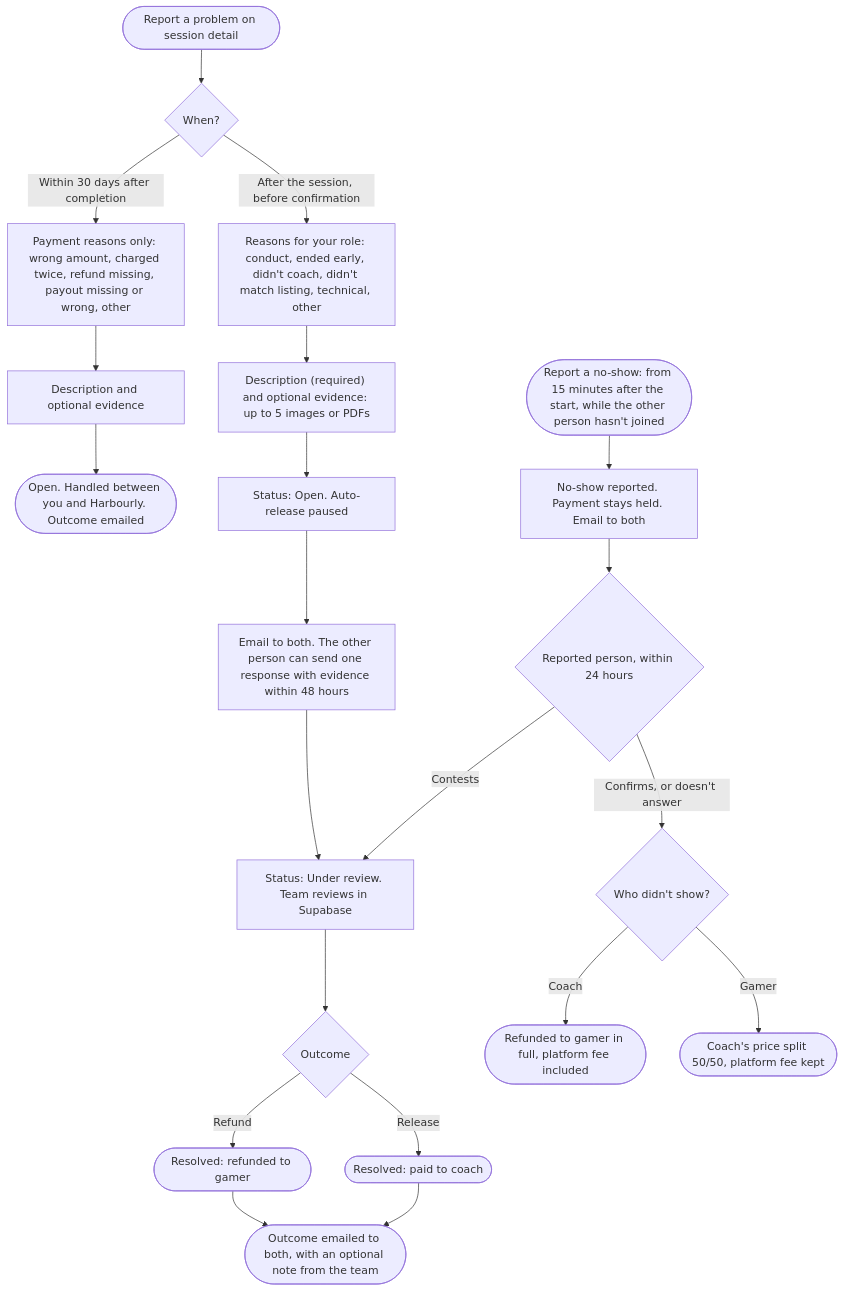
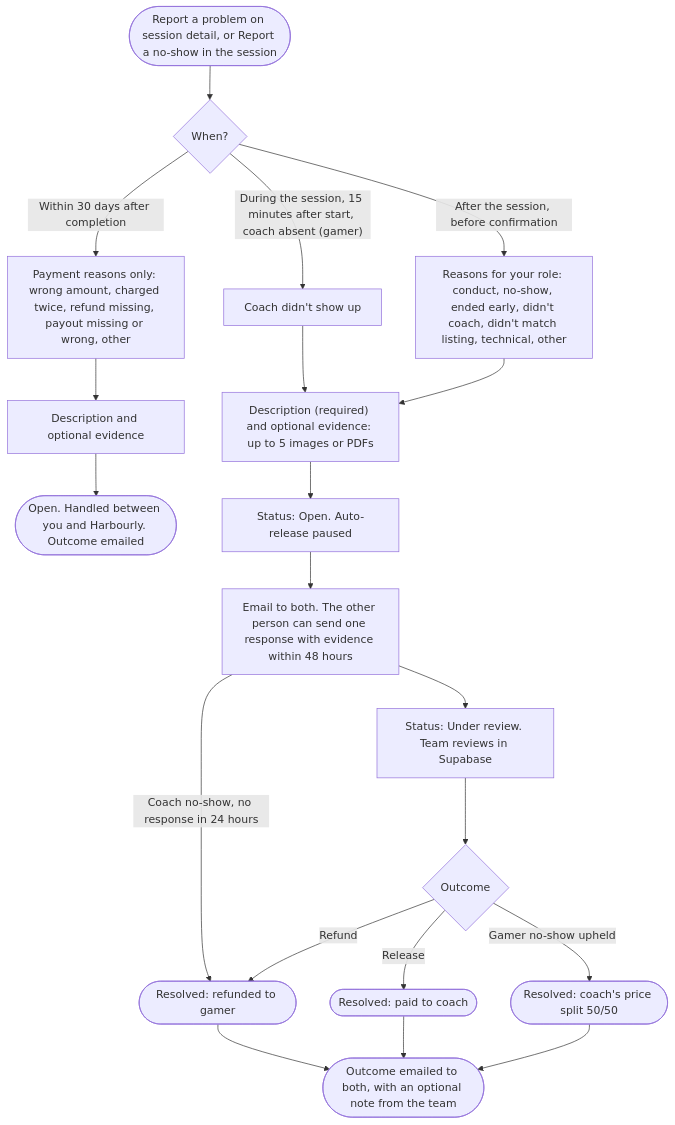
Before and after one commit to ILoveWaterSm/Harbourly-Waitlist-2.0: the seventh of 13 diagrams in design/USER-FLOW.md, drawn with Mermaid. The commit also changed other lines of this file and 3 other files, not shown here.

First line of the commit message:
No-shows stay disputes (16 Oct rule); an upheld gamer no-show splits the coach's price 50/50

````diff
--- a/design/USER-FLOW.md
+++ b/design/USER-FLOW.md
@@ -213,24 +213,22 @@
 ```mermaid
 flowchart TD
-  Start(["Report a problem on session detail"]) --> When{"When?"}
-  When -->|"After the session, before confirmation"| WindowReasons["Reasons for your role: conduct, ended early, didn't coach, didn't match listing, technical, other"]
+  Start(["Report a problem on session detail, or Report a no-show in the session"]) --> When{"When?"}
+  When -->|"During the session, 15 minutes after start, coach absent (gamer)"| NoShowReason["Coach didn't show up"]
+  When -->|"After the session, before confirmation"| WindowReasons["Reasons for your role: conduct, no-show, ended early, didn't coach, didn't match listing, technical, other"]
   When -->|"Within 30 days after completion"| PayReasons["Payment reasons only: wrong amount, charged twice, refund missing, payout missing or wrong, other"]
+  NoShowReason --> Form
   WindowReasons --> Form
   PayReasons --> PayForm["Description and optional evidence"]
   PayForm --> PayOpen(["Open. Handled between you and Harbourly. Outcome emailed"])
   Form["Description (required) and optional evidence: up to 5 images or PDFs"] --> Open["Status: Open. Auto-release paused"]
   Open --> Notify["Email to both. The other person can send one response with evidence within 48 hours"]
+  Notify -->|"Coach no-show, no response in 24 hours"| Refunded
   Notify --> Review["Status: Under review. Team reviews in Supabase"]
   Review --> Outcome{"Outcome"}
   Outcome -->|"Refund"| Refunded(["Resolved: refunded to gamer"])
   Outcome -->|"Release"| Paid(["Resolved: paid to coach"])
+  Outcome -->|"Gamer no-show upheld"| Split(["Resolved: coach's price split 50/50"])
   Refunded --> Email(["Outcome emailed to both, with an optional note from the team"])
   Paid --> Email
-
-  NoShow(["Report a no-show: from 15 minutes after the start, while the other person hasn't joined"]) --> NSOpen["No-show reported. Payment stays held. Email to both"]
-  NSOpen --> NSAnswer{"Reported person, within 24 hours"}
-  NSAnswer -->|"Confirms, or doesn't answer"| NSWho{"Who didn't show?"}
-  NSWho -->|"Coach"| NSRefund(["Refunded to gamer in full, platform fee included"])
-  NSWho -->|"Gamer"| NSSplit(["Coach's price split 50/50, platform fee kept"])
-  NSAnswer -->|"Contests"| Review
+  Split --> Email
 ```
````
